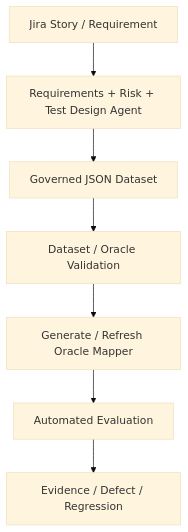
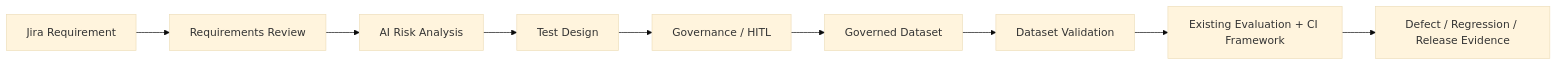
One commit to oleksandrserhieiev-beep/ai-qe-lab changed the eighth of 8 diagrams in docs/architecture.md. Above: the diagram before and after it, drawn with Mermaid (base theme). The commit also changed other lines of this file, not shown here.

Commit message:
Separate SUT evaluation validation and CI pipelines

````diff
--- a/docs/architecture.md
+++ b/docs/architecture.md
@@ -284,9 +290,11 @@
 ```mermaid
-flowchart TD
-    J[Jira Story / Requirement] --> AG[Requirements + Risk + Test Design Agent]
-    AG --> JS[Governed JSON Dataset]
-    JS --> VAL[Dataset / Oracle Validation]
-    VAL --> MAP[Generate / Refresh Oracle Mapper]
-    MAP --> CI[Automated Evaluation]
-    CI --> E[Evidence / Defect / Regression]
+flowchart LR
+    J[Jira Requirement] --> R[Requirements Review]
+    R --> AR[AI Risk Analysis]
+    AR --> T[Test Design]
+    T --> H[Governance / HITL]
+    H --> D[Governed Dataset]
+    D --> V[Dataset Validation]
+    V --> E[Existing Evaluation + CI Framework]
+    E --> X[Defect / Regression / Release Evidence]
 ```
````
